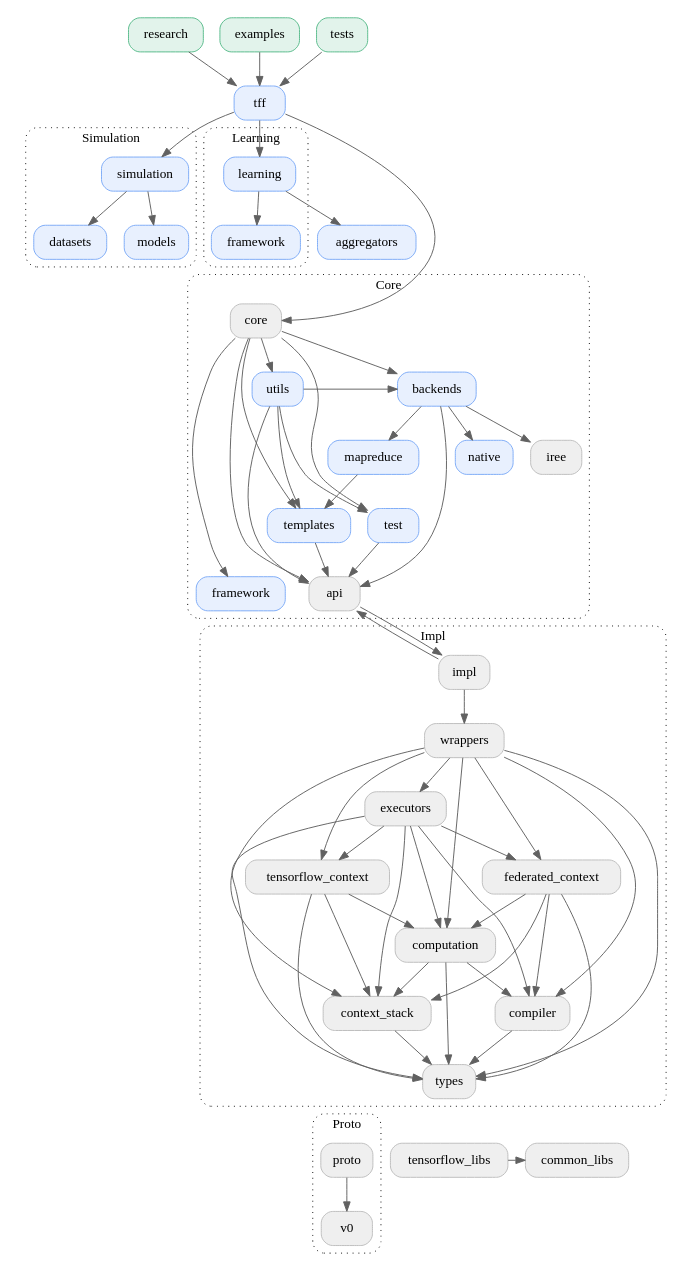
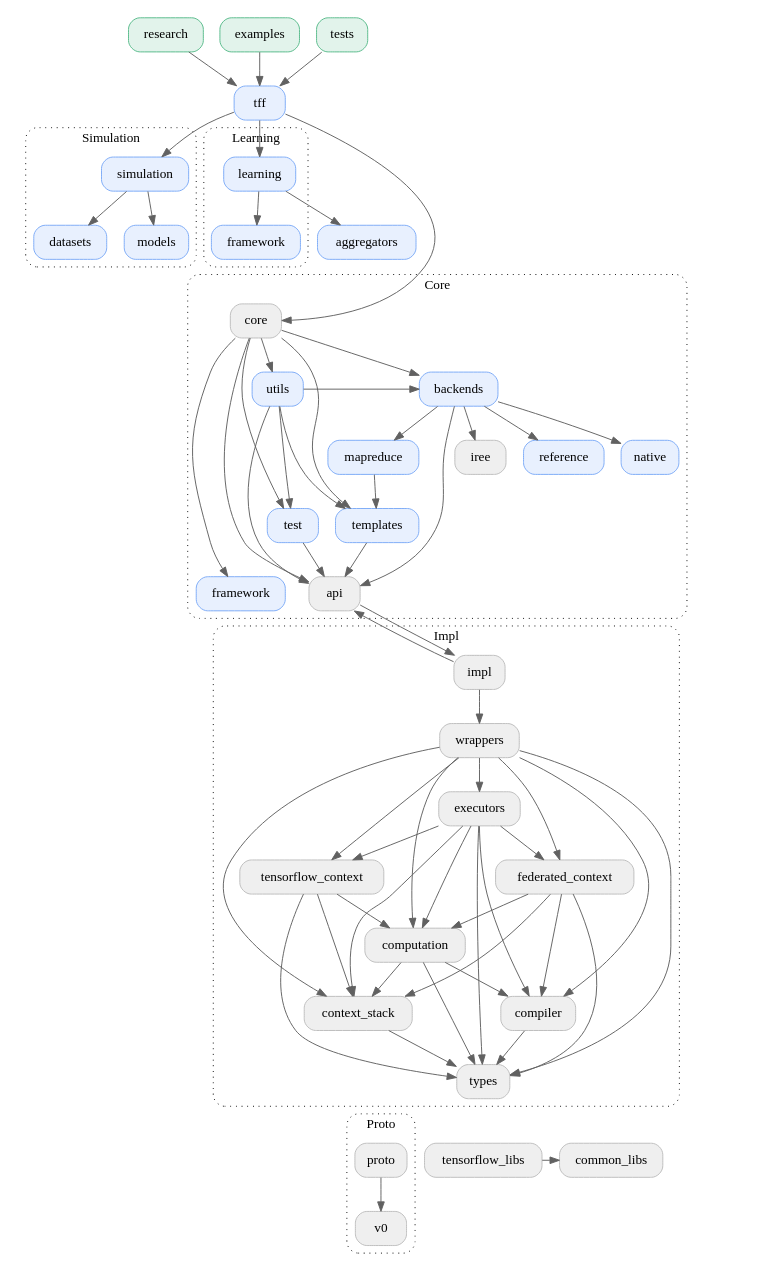
One commit to google-parfait/tensorflow-federated changed the diagram in docs/design/package_structure.dot. Above: the diagram before and after it, drawn with Graphviz. The commit also changed 18 other files, not shown here.

First line of the commit message:
Move `ReferenceExecutor` to the `backends` package.

```diff
--- a/docs/design/package_structure.dot
+++ b/docs/design/package_structure.dot
@@ -1,178 +1,181 @@
 digraph {
   graph [style="dotted,rounded", size="9 100"]
   node [shape="box", style="rounded,filled", fillcolor="#efefef", color="#bdbdbd"]
   edge [color="#616161"]
   newrank=true
 
   // Using TFF
   research -> tff
   examples -> tff
   tests -> tff
 
   research [href="#research" target="_parent", fillcolor="#E2F3EB", color="#57BB8A"]
   examples [href="#examples" target="_parent", fillcolor="#E2F3EB", color="#57BB8A"]
   tests [href="#tests" target="_parent", fillcolor="#E2F3EB", color="#57BB8A"]
 
   // TFF
   tff -> simulation
   tff -> learning
   tff -> core
 
   tff [href="#tff" target="_parent", fillcolor="#E8F0FE", color="#7BAAF7"]
 
   // TFF Simulation
   simulation -> simulation_datasets
   simulation -> simulation_models
   simulation_datasets -> core [arrowhead="none", style="invisible"]
   simulation_models -> core [arrowhead="none", style="invisible"]
 
   subgraph cluster_simulation {
     graph [label="Simulation", href="#tff-simulation" target="_parent"]
     simulation [href="#tff-simulation" target="_parent", fillcolor="#E8F0FE", color="#7BAAF7"]
     simulation_datasets [label="datasets", href="#tff-simulation" target="_parent", fillcolor="#E8F0FE", color="#7BAAF7"]
     simulation_models [label="models", href="#tff-simulation" target="_parent", fillcolor="#E8F0FE", color="#7BAAF7"]
   }
 
   // TFF Learning
   learning -> learning_framework
   learning_framework -> core [arrowhead="none", style="invisible"]
 
   subgraph cluster_learning {
     graph [label="Learning", href="#tff-learning" target="_parent"]
     learning [href="#tff-learning" target="_parent", fillcolor="#E8F0FE", color="#7BAAF7"]
     learning_framework [label="framework", href="#tff-learning" target="_parent", fillcolor="#E8F0FE", color="#7BAAF7"]
   }
 
   // TFF Aggregators
   learning -> aggregators
   aggregators -> core [arrowhead="none", style="invisible"]
   aggregators [href="#tff-aggregators" target="_parent", fillcolor="#E8F0FE", color="#7BAAF7"]
 
   // TFF Core
   core -> core_utils
   core -> core_backends
   core -> core_templates
   core -> core_test
   core -> core_api
   core -> core_framework
   core_utils -> core_backends
   core_utils -> core_templates
   core_utils -> core_test
   core_utils -> core_api
   core_utils -> impl [arrowhead="none", style="invisible"]
+  core_backends -> core_backends_native
   core_backends -> core_backends_mapreduce
-  core_backends -> core_backends_native
   core_backends -> core_backends_iree
+  core_backends -> core_backends_reference
   core_backends -> core_api
   core_backends -> impl [arrowhead="none", style="invisible"]
+  core_backends_native -> impl [arrowhead="none", style="invisible"]
   core_backends_mapreduce -> core_templates
   core_backends_mapreduce -> impl [arrowhead="none", style="invisible"]
-  core_backends_native -> impl [arrowhead="none", style="invisible"]
   core_backends_iree -> impl [arrowhead="none", style="invisible"]
+  core_backends_reference -> impl [arrowhead="none", style="invisible"]
   core_templates -> core_api
   core_templates -> impl [arrowhead="none", style="invisible"]
   core_test -> core_api
   core_test -> impl [arrowhead="none", style="invisible"]
   core_api -> impl
   core_framework -> impl [arrowhead="none", style="invisible"]
 
   subgraph cluster_core {
     graph [label="Core", href="#tff-core" target="_parent"]
     core [href="#tff-core" target="_parent"]
     core_utils [label="utils", href="#tff-core" target="_parent", fillcolor="#E8F0FE", color="#7BAAF7"]
     core_backends [label="backends", href="#tff-core" target="_parent", fillcolor="#E8F0FE", color="#7BAAF7"]
+    core_backends_native [label="native", href="#tff-core" target="_parent", fillcolor="#E8F0FE", color="#7BAAF7"]
     core_backends_mapreduce [label="mapreduce", href="#tff-core" target="_parent", fillcolor="#E8F0FE", color="#7BAAF7"]
-    core_backends_native [label="native", href="#tff-core" target="_parent", fillcolor="#E8F0FE", color="#7BAAF7"]
     core_backends_iree [label="iree", href="#tff-core" target="_parent"]
+    core_backends_reference [label="reference", href="#tff-core" target="_parent", fillcolor="#E8F0FE", color="#7BAAF7"]
     core_templates [label="templates", href="#tff-core" target="_parent", fillcolor="#E8F0FE", color="#7BAAF7"]
     core_test [label="test", href="#tff-core" target="_parent", fillcolor="#E8F0FE", color="#7BAAF7"]
     core_api [label="api", href="#tff-core" target="_parent"]
     core_framework [label="framework", href="#tff-core" target="_parent", fillcolor="#E8F0FE", color="#7BAAF7"]
   }
 
   // TFF Impl
   impl -> core_api
   impl -> impl_wrappers
   impl_wrappers -> impl_executors
   impl_wrappers -> impl_tensorflow_context
   impl_wrappers -> impl_federated_context
   impl_wrappers -> impl_computation
   impl_wrappers -> impl_compiler
   // impl_wrappers -> impl_utils
   impl_wrappers -> impl_context_stack
   impl_wrappers -> impl_types
   impl_executors -> impl_tensorflow_context
   impl_executors -> impl_federated_context
   impl_executors -> impl_computation
   impl_executors -> impl_compiler
   // impl_executors -> impl_utils
   impl_executors -> impl_context_stack
   impl_executors -> impl_types
   impl_tensorflow_context -> impl_computation
   // impl_tensorflow_context -> impl_utils
   impl_tensorflow_context -> impl_context_stack
   impl_tensorflow_context -> impl_types
   impl_federated_context -> impl_computation
   impl_federated_context -> impl_compiler
   // impl_federated_context -> impl_utils
   impl_federated_context -> impl_context_stack
   impl_federated_context -> impl_types
   impl_computation -> impl_compiler
   // impl_computation -> impl_utils
   impl_computation -> impl_context_stack
   impl_computation -> impl_types
   impl_compiler -> impl_types
   // impl_compiler -> impl_utils
   // impl_utils -> tensorflow_libs
   // impl_utils -> impl_context_stack
   // impl_utils -> impl_types
   impl_context_stack -> impl_types
   impl_types -> proto [arrowhead="none", style="invisible"]
   impl_types -> tensorflow_libs [arrowhead="none", style="invisible"]
   impl_types -> common_libs [arrowhead="none", style="invisible"]
 
   subgraph cluster_impl {
     graph [label="Impl", href="#tff-impl" target="_parent"]
     impl [href="#tff-impl" target="_parent"]
     impl_wrappers [label="wrappers", href="#tff-impl" target="_parent"]
     impl_executors [label="executors", href="#tff-impl" target="_parent"]
     impl_tensorflow_context [label="tensorflow_context", href="#tff-impl" target="_parent"]
     impl_federated_context [label="federated_context", href="#tff-impl" target="_parent"]
     impl_computation [label="computation", href="#tff-impl" target="_parent"]
     impl_compiler [label="compiler", href="#tff-impl" target="_parent"]
     impl_context_stack [label="context_stack", href="#tff-impl" target="_parent"]
     // impl_utils [label="utils", href="#tff-impl" target="_parent"]
     impl_types [label="types", href="#tff-impl" target="_parent"]
   }
 
   // TFF Proto
   proto -> proto_v0
 
   subgraph cluster_proto {
     graph [label="Proto", href="#tff-proto" target="_parent"]
     proto [href="#tff-proto" target="_parent"]
     proto_v0 [label="v0" href="#tff-proto" target="_parent"]
   }
 
   // Other
   tensorflow_libs [href="#tff-tensorflow-libs" target="_parent"]
   common_libs [href="#tff-common-libs" target="_parent"]
   tensorflow_libs -> common_libs
 
   // Layout
   {rank=same; examples, tests, research}
   {rank=same; tff}
   {rank=same; learning, simulation}
   {rank=same; learning_framework, simulation_datasets, simulation_models}
   {rank=same; core}
   {rank=same; core_utils, core_backends}
-  {rank=same; core_backends_mapreduce, core_backends_native, core_backends_iree}
+  {rank=same; core_backends_native, core_backends_mapreduce, core_backends_iree, core_backends_reference}
   {rank=same; core_templates}
   {rank=same; core_test}
   {rank=same; core_api, core_framework}
   // {rank=same; impl}
   // {rank=same; impl_wrappers}
   // {rank=same; impl_tensorflow_context, impl_federated_context, impl_executors}
   // {rank=same; impl_compiler}
   {rank=same; proto, tensorflow_libs, common_libs}
 }
```
